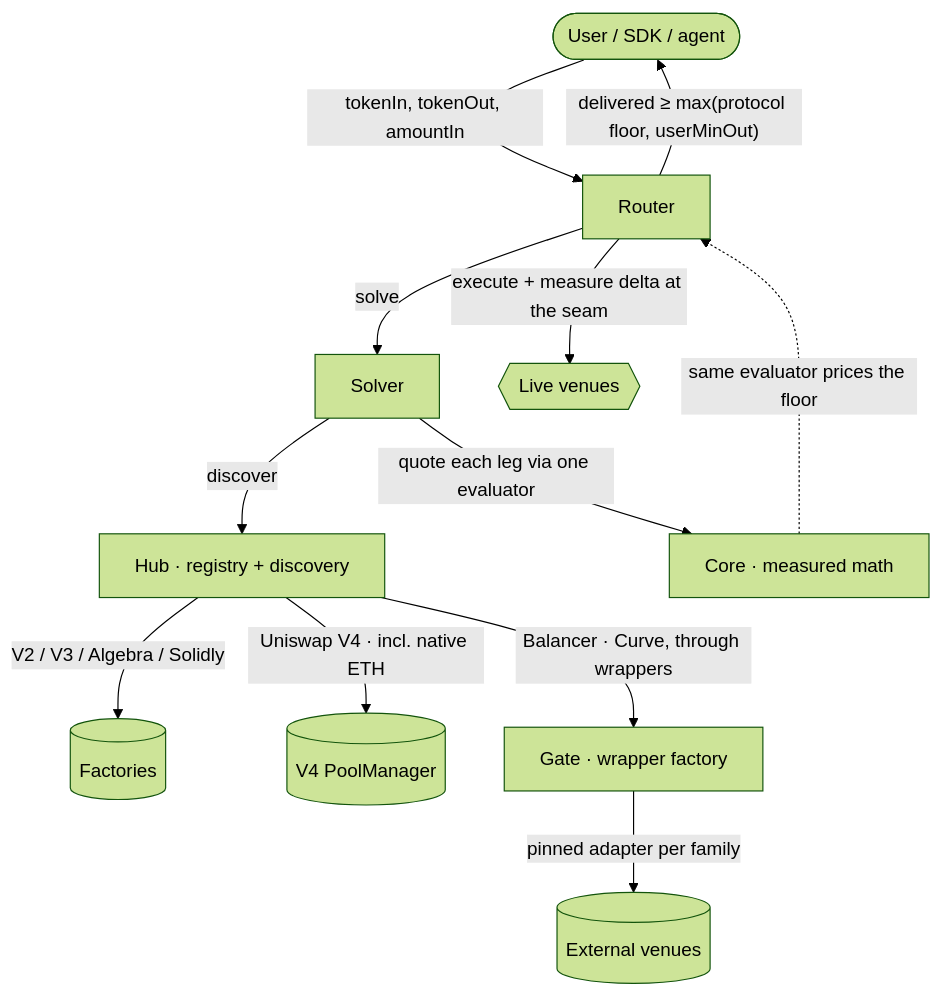
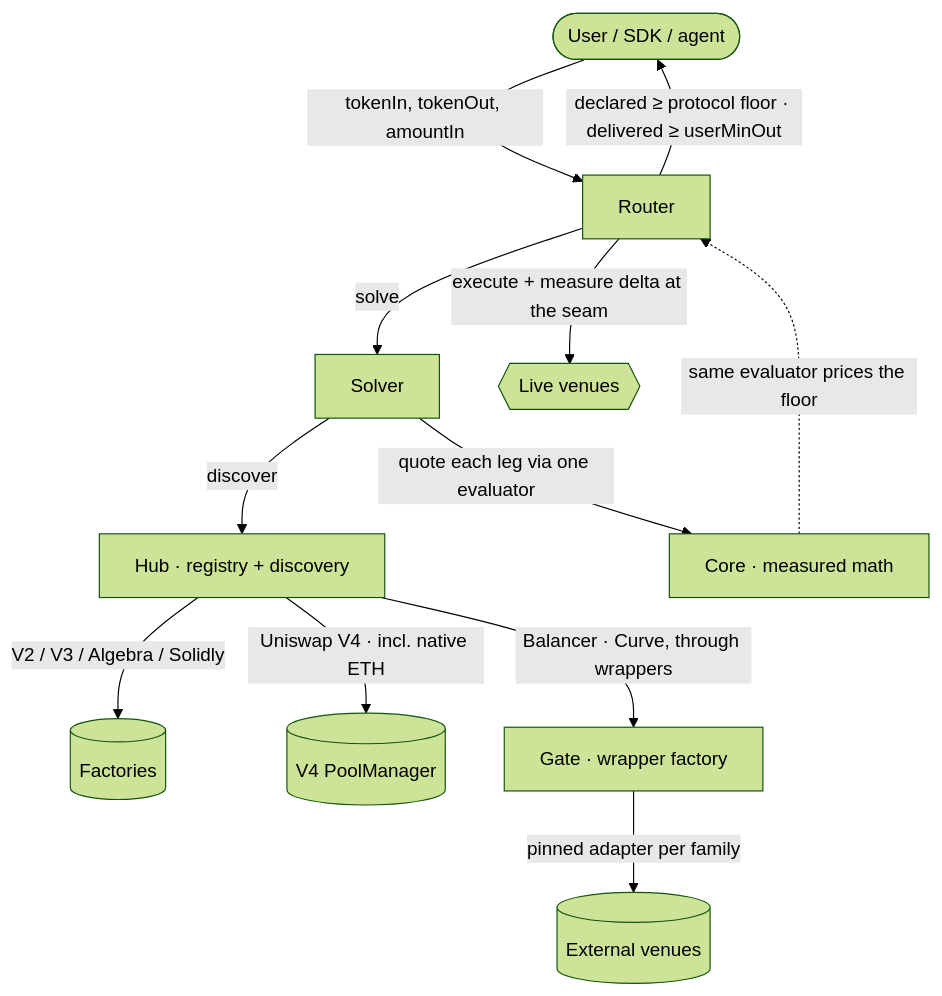
One commit to blazephoenixxyz-crypto/Blaze-Phoenix-Dex changed the diagram in README.md. Above: the diagram before and after it, drawn with Mermaid (forest theme). The commit also changed other lines of this file and 6 other files, not shown here.

First line of the commit message:
docs: floors read the declared gross, the user's minOut the measured net; figures from their sources

````diff
--- a/README.md
+++ b/README.md
@@ -135,14 +135,14 @@
 ```mermaid
 flowchart TD
     U([User / SDK / agent]) -->|tokenIn, tokenOut, amountIn| R[Router]
     R -->|solve| S[Solver]
     S -->|discover| H[Hub · registry + discovery]
     H -->|"V2 / V3 / Algebra / Solidly"| F[(Factories)]
     H -->|"Uniswap V4 · incl. native ETH"| PM[(V4 PoolManager)]
     H -->|"Balancer · Curve, through wrappers"| G[Gate · wrapper factory]
     G -->|"pinned adapter per family"| X[(External venues)]
     S -->|"quote each leg via one evaluator"| C[Core · measured math]
     R -->|"execute + measure delta at the seam"| V{{Live venues}}
     C -.->|"same evaluator prices the floor"| R
-    R -->|"delivered ≥ max(protocol floor, userMinOut)"| U
+    R -->|"declared ≥ protocol floor · delivered ≥ userMinOut"| U
 ```
````
